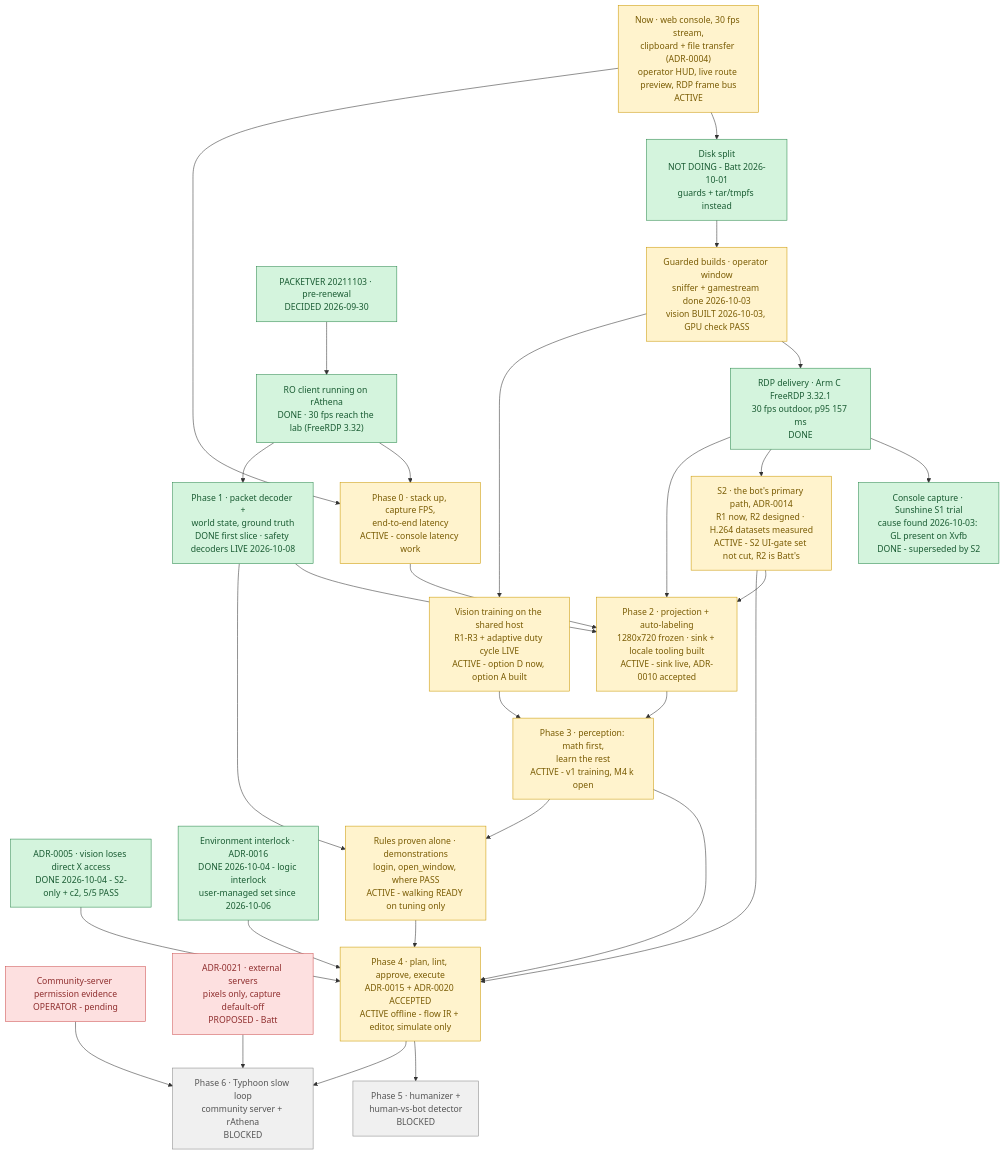
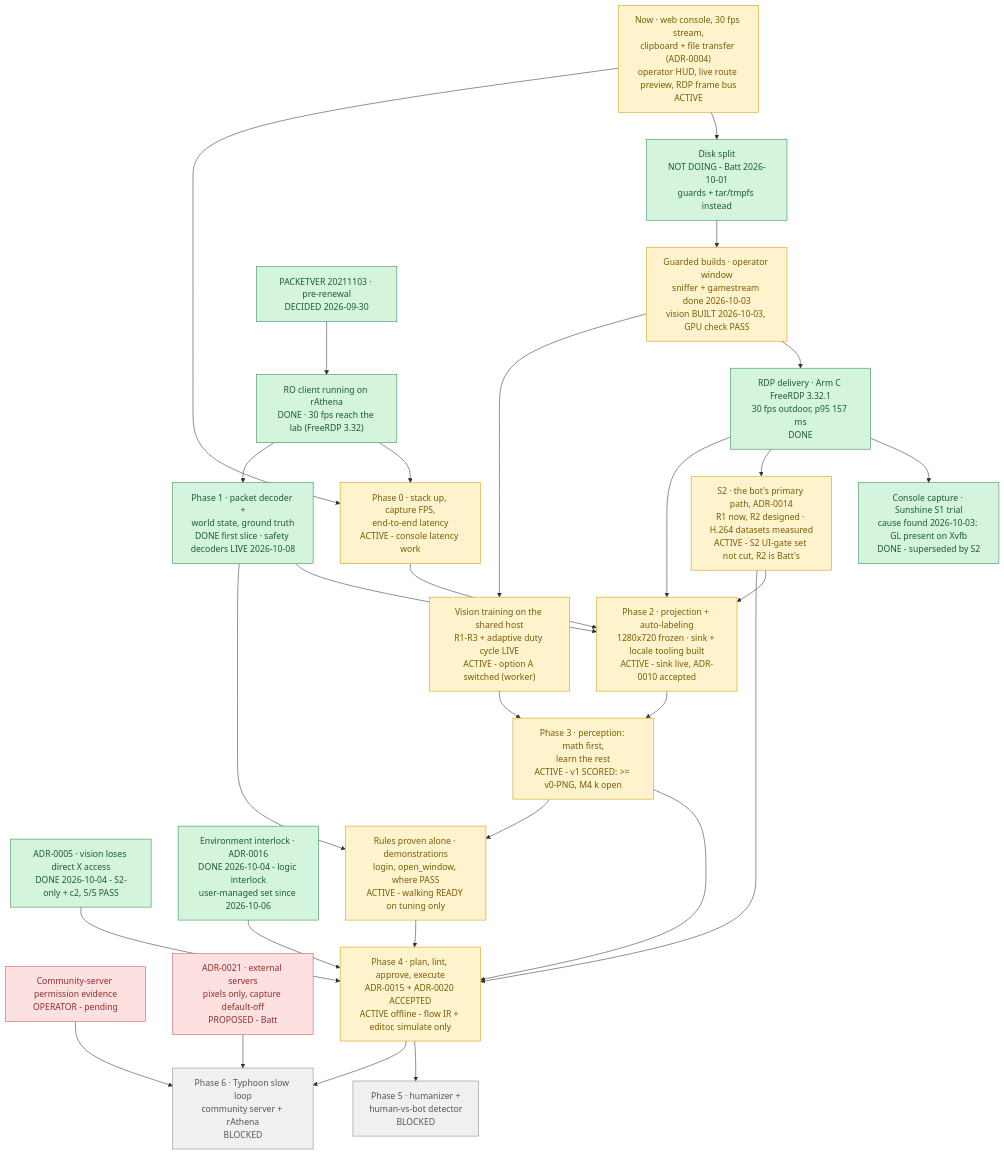
One commit to lumduan/poring-lab changed the diagram in docs/ROADMAP.md. Above: the diagram before and after it, drawn with Mermaid. The commit also changed other lines of this file, not shown here.

Commit message:
docs(roadmap): v1 SCORED (>= v0-PNG), option A PROVEN + SWITCHED
Claude-Session: https://claude.ai/code/session_01HhaSQEF7ksdHyxgmJatUxT

````diff
--- a/docs/ROADMAP.md
+++ b/docs/ROADMAP.md
@@ -11,63 +11,63 @@
 ```mermaid
 flowchart TD
     N1["Now · web console, 30 fps stream,<br/>clipboard + file transfer (ADR-0004)<br/>operator HUD, live route preview, RDP frame bus<br/>ACTIVE"]
     N2["Disk split<br/>NOT DOING - Batt 2026-10-01<br/>guards + tar/tmpfs instead"]
     N3["Guarded builds · operator window<br/>sniffer + gamestream done 2026-10-03<br/>vision BUILT 2026-10-03, GPU check PASS"]
     D1["PACKETVER 20211103 · pre-renewal<br/>DECIDED 2026-09-30"]
     S1["RO client running on rAthena<br/>DONE · 30 fps reach the lab (FreeRDP 3.32)"]
     D2["ADR-0005 · vision loses direct X access<br/>DONE 2026-10-04 - S2-only + c2, 5/5 PASS"]
     D3["Environment interlock · ADR-0016<br/>DONE 2026-10-04 - logic interlock<br/>user-managed set since 2026-10-06"]
     E1["Community-server permission evidence<br/>OPERATOR - pending"]
     D4["ADR-0021 · external servers<br/>pixels only, capture default-off<br/>PROPOSED - Batt"]
     P0["Phase 0 · stack up, capture FPS,<br/>end-to-end latency<br/>ACTIVE - console latency work"]
     P1["Phase 1 · packet decoder +<br/>world state, ground truth<br/>DONE first slice · safety decoders LIVE 2026-10-08"]
     H1["RDP delivery · Arm C FreeRDP 3.32.1<br/>30 fps outdoor, p95 157 ms<br/>DONE"]
     C1["Console capture · Sunshine S1 trial<br/>cause found 2026-10-03: GL present on Xvfb<br/>DONE - superseded by S2"]
     S2["S2 · the bot's primary path, ADR-0014<br/>R1 now, R2 designed · H.264 datasets measured<br/>ACTIVE - S2 UI-gate set not cut, R2 is Batt's"]
     P2["Phase 2 · projection + auto-labeling<br/>1280x720 frozen · sink + locale tooling built<br/>ACTIVE - sink live, ADR-0010 accepted"]
-    TR["Vision training on the shared host<br/>R1-R3 + adaptive duty cycle LIVE<br/>ACTIVE - option D now, option A built"]
-    P3["Phase 3 · perception: math first,<br/>learn the rest<br/>ACTIVE - v1 training, M4 k open"]
+    TR["Vision training on the shared host<br/>R1-R3 + adaptive duty cycle LIVE<br/>ACTIVE - option A switched (worker)"]
+    P3["Phase 3 · perception: math first,<br/>learn the rest<br/>ACTIVE - v1 SCORED: >= v0-PNG, M4 k open"]
     DM["Rules proven alone · demonstrations<br/>login, open_window, where PASS<br/>ACTIVE - walking READY on tuning only"]
     P4["Phase 4 · plan, lint, approve, execute<br/>ADR-0015 + ADR-0020 ACCEPTED<br/>ACTIVE offline - flow IR + editor, simulate only"]
     P5["Phase 5 · humanizer +<br/>human-vs-bot detector<br/>BLOCKED"]
     P6["Phase 6 · Typhoon slow loop<br/>community server + rAthena<br/>BLOCKED"]
 
     N1 --> N2 --> N3
     N3 --> H1
     N3 --> TR
     H1 --> C1
     H1 --> S2
     H1 --> P2
     S2 --> P2
     S2 --> P4
     D1 --> S1
     N1 --> P0
     S1 --> P0
     S1 --> P1
     P0 --> P2
     P1 --> P2
     P1 --> DM
     P2 --> P3 --> P4
     TR --> P3
     P3 --> DM
     DM --> P4
     D2 --> P4
     D3 --> P4
     E1 --> P6
     D4 --> P6
     P4 --> P5
     P4 --> P6
 
     classDef done     fill:#d4f4dd,stroke:#2d8a4e,color:#1a5c33
     classDef active   fill:#fff3cd,stroke:#cc9a06,color:#7a5c04
     classDef ready    fill:#d6e9ff,stroke:#3b7dd8,color:#1e4d8f
     classDef blocked  fill:#f0f0f0,stroke:#888,color:#555
     classDef decision fill:#fde0e0,stroke:#d05555,color:#8f2e2e
     classDef goal     fill:#ede0fb,stroke:#8a5cd8,color:#4d2e8f
 
     class D1,S1,P1,N2,H1,C1,D2,D3 done
     class N1,P0,P2,S2,N3,TR,DM,P4 active
     class E1,D4 decision
     class P5,P6 blocked
     class P3 active
 ```
````
